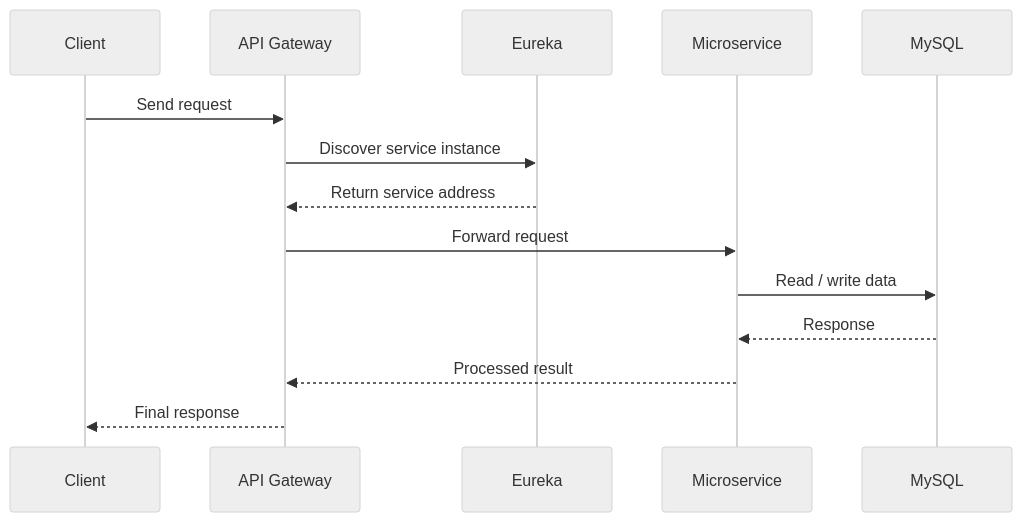
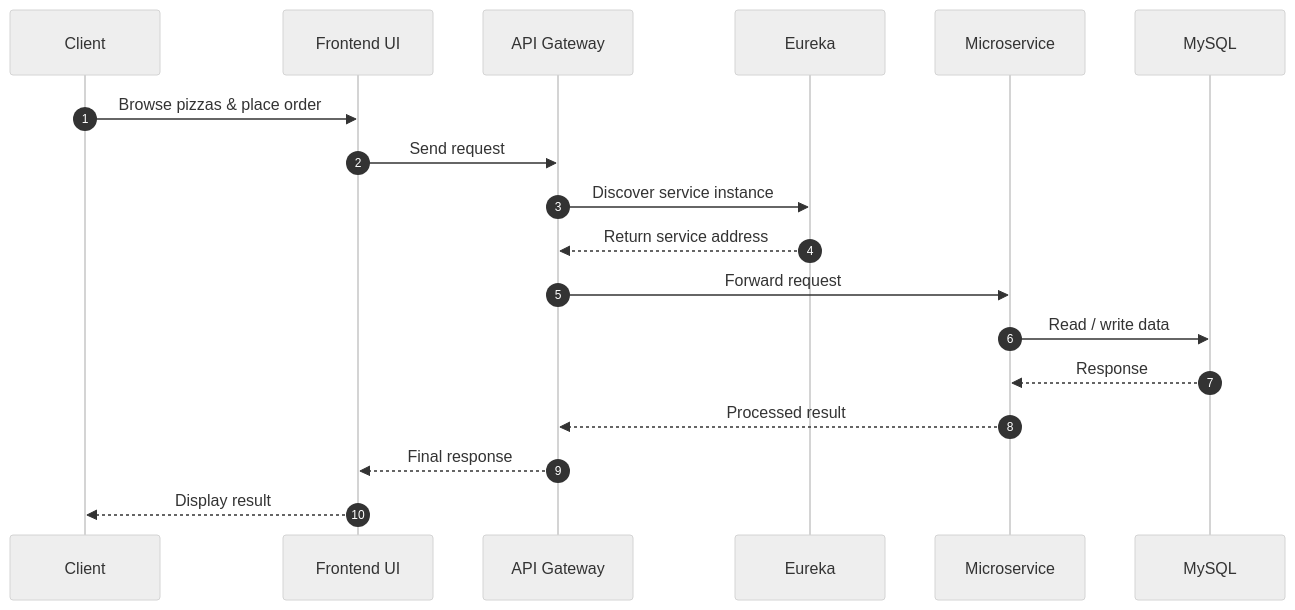
One commit to Rohit4530/Pizza-Ordering-System changed the second of 2 diagrams in README.md. Above: the diagram before and after it, drawn with Mermaid (neutral theme). The commit also changed other lines of this file, not shown here.

Commit message:
Make README diagrams more colorful

````diff
--- a/README.md
+++ b/README.md
@@ -36,17 +42,21 @@
 ```mermaid
 sequenceDiagram
+    autonumber
     participant Client as Client
+    participant Frontend as Frontend UI
     participant Gateway as API Gateway
     participant Registry as Eureka
     participant Service as Microservice
     participant DB as MySQL
 
-    Client->>Gateway: Send request
+    Client->>Frontend: Browse pizzas & place order
+    Frontend->>Gateway: Send request
     Gateway->>Registry: Discover service instance
     Registry-->>Gateway: Return service address
     Gateway->>Service: Forward request
     Service->>DB: Read / write data
     DB-->>Service: Response
     Service-->>Gateway: Processed result
-    Gateway-->>Client: Final response
+    Gateway-->>Frontend: Final response
+    Frontend-->>Client: Display result
 ```
````
